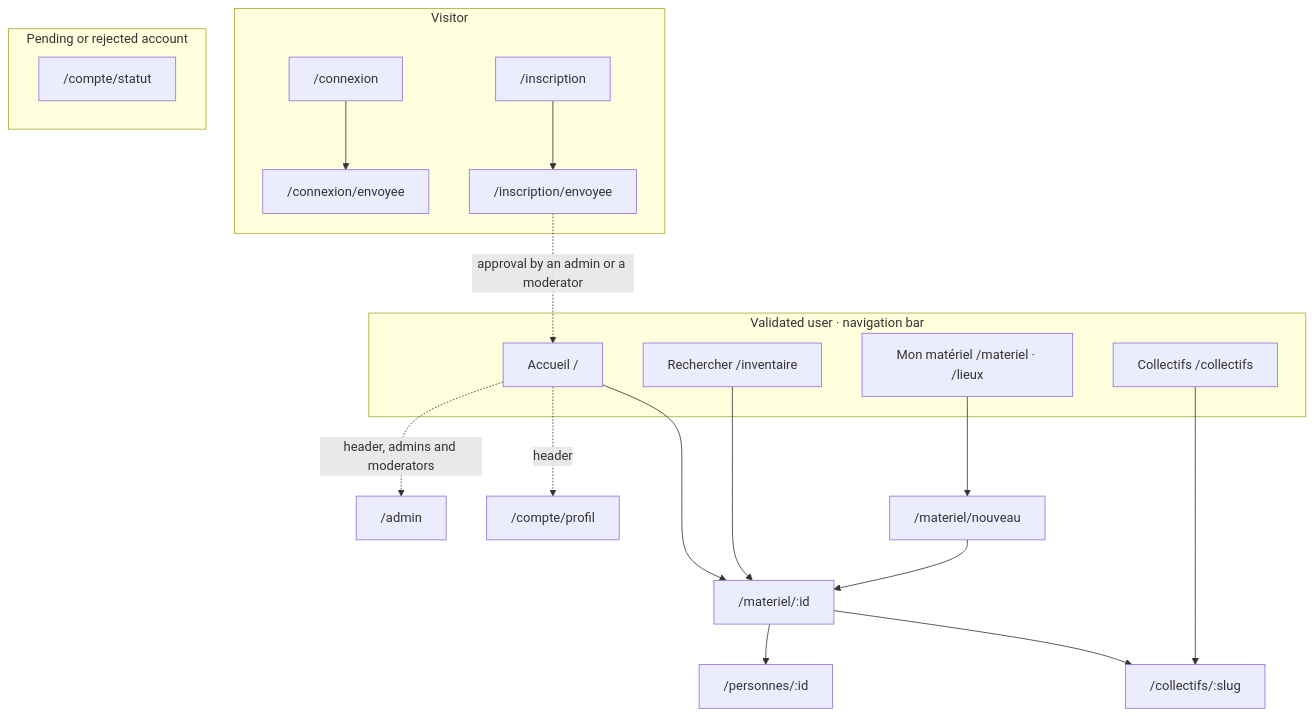
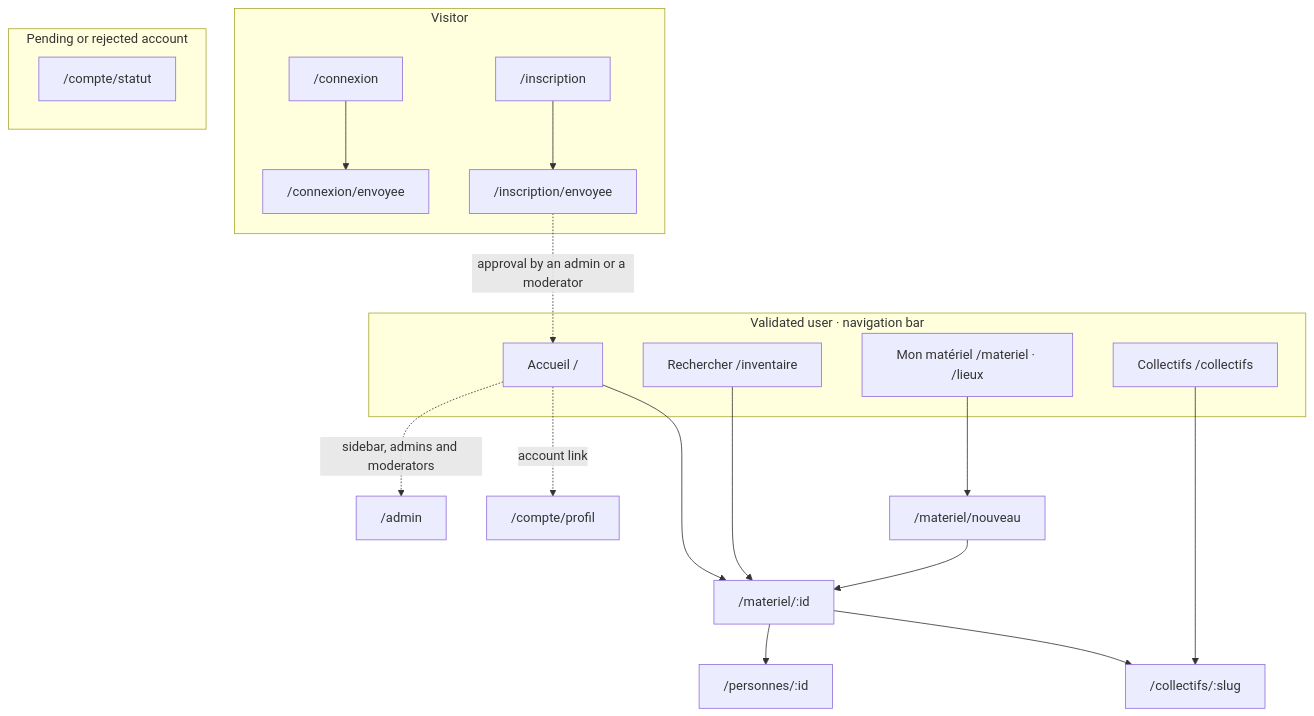
The first of 2 diagrams in docs/dev/architecture/ui.md (CollectiFrog/InventAssos), drawn with Mermaid before and after one commit. The commit also changed other lines of this file and 4 other files, not shown here.

````diff
--- a/docs/dev/architecture/ui.md
+++ b/docs/dev/architecture/ui.md
@@ -30,26 +32,26 @@
 ```mermaid
 flowchart TB
   subgraph visitor[Visitor]
     connexion["/connexion"] --> envoyee["/connexion/envoyee"]
     inscription["/inscription"] --> insc_env["/inscription/envoyee"]
   end
   subgraph pending[Pending or rejected account]
     statut["/compte/statut"]
   end
   insc_env -. approval by an admin or a moderator .-> accueil
   subgraph app[Validated user · navigation bar]
     accueil["Accueil /"]
     rechercher["Rechercher /inventaire"]
     mon["Mon matériel /materiel · /lieux"]
     collectifs["Collectifs /collectifs"]
   end
   rechercher --> fiche["/materiel/:id"]
   accueil --> fiche
   mon --> ajouter["/materiel/nouveau"]
   ajouter --> fiche
   collectifs --> collectif["/collectifs/:slug"]
   fiche --> collectif
   fiche --> personne["/personnes/:id"]
-  accueil -. header .-> compte["/compte/profil"]
-  accueil -. header, admins and moderators .-> admin["/admin"]
+  accueil -. account link .-> compte["/compte/profil"]
+  accueil -. sidebar, admins and moderators .-> admin["/admin"]
 ```
````
